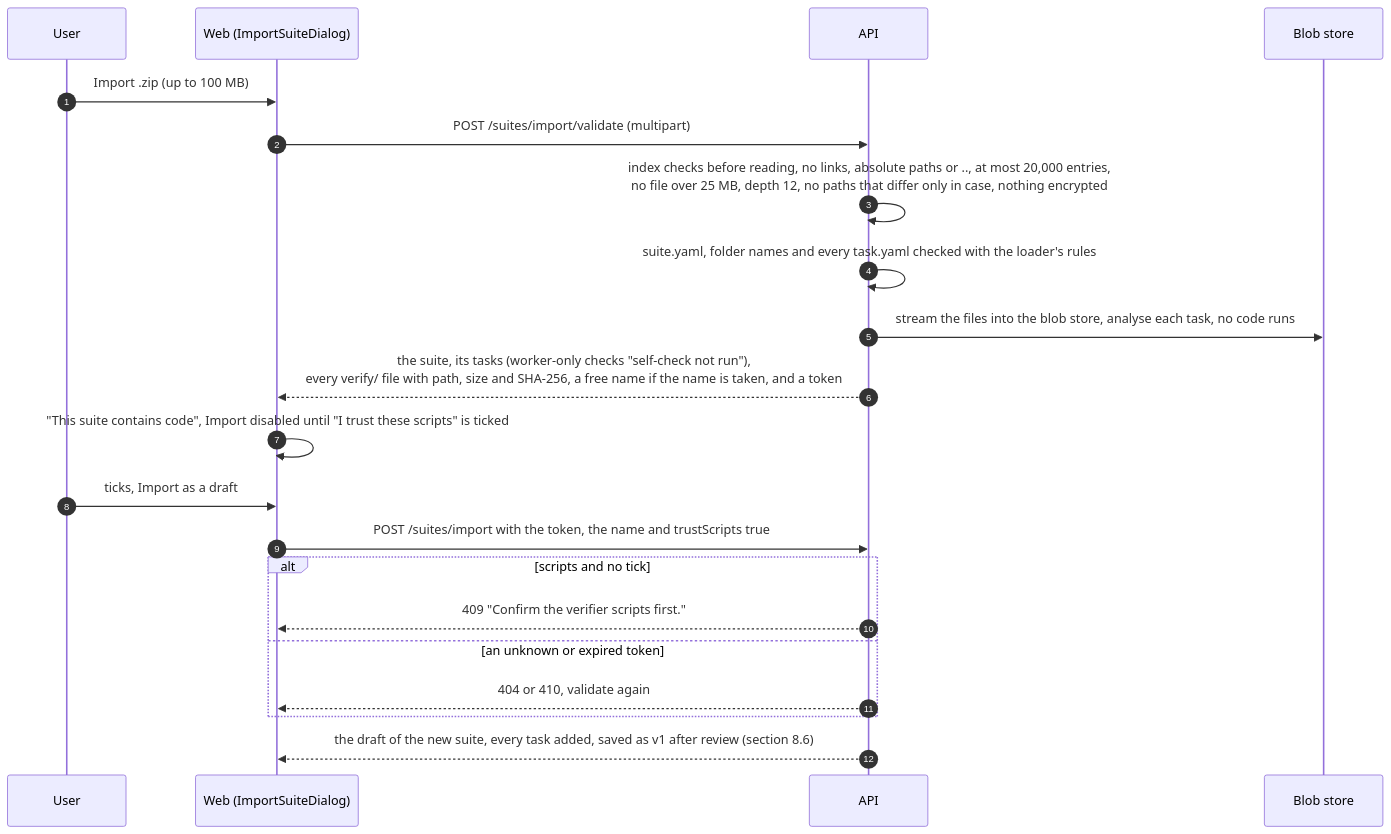
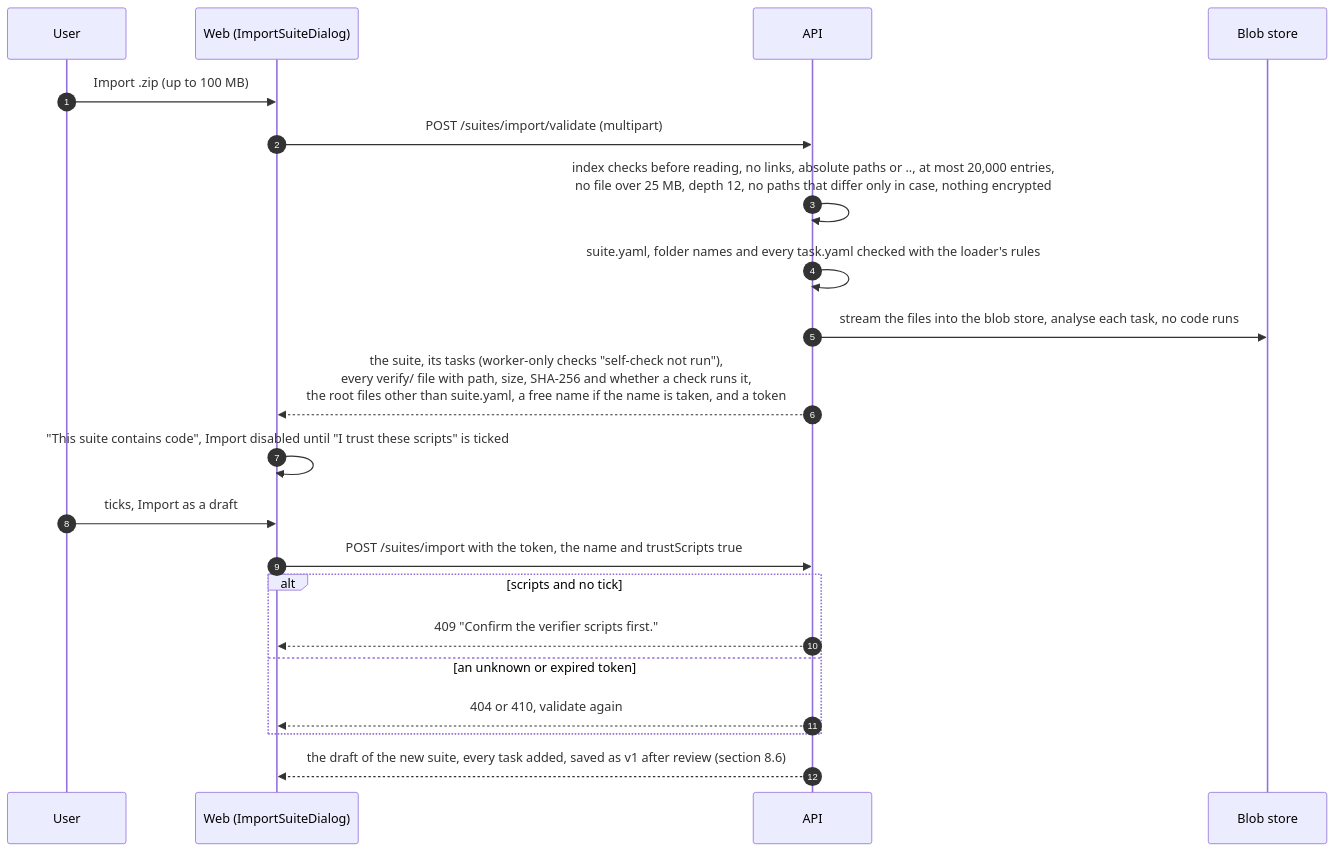
Diagram 25 of 47 in UI_FLOWS.md (sasuke007/hermes-evals), drawn with Mermaid before and after one commit. The commit also changed other lines of this file and 289 other files, not shown here.

````diff
--- a/UI_FLOWS.md
+++ b/UI_FLOWS.md
@@ -862,24 +874,24 @@
 ```mermaid
 sequenceDiagram
   autonumber
   participant U as User
   participant W as Web (ImportSuiteDialog)
   participant A as API
   participant B as Blob store
 
   U->>W: Import .zip (up to 100 MB)
   W->>A: POST /suites/import/validate (multipart)
   A->>A: index checks before reading, no links, absolute paths or .., at most 20,000 entries,<br/>no file over 25 MB, depth 12, no paths that differ only in case, nothing encrypted
   A->>A: suite.yaml, folder names and every task.yaml checked with the loader's rules
   A->>B: stream the files into the blob store, analyse each task, no code runs
-  A-->>W: the suite, its tasks (worker-only checks "self-check not run"),<br/>every verify/ file with path, size and SHA-256, a free name if the name is taken, and a token
+  A-->>W: the suite, its tasks (worker-only checks "self-check not run"),<br/>every verify/ file with path, size, SHA-256 and whether a check runs it,<br/>the root files other than suite.yaml, a free name if the name is taken, and a token
   W->>W: "This suite contains code", Import disabled until "I trust these scripts" is ticked
   U->>W: ticks, Import as a draft
   W->>A: POST /suites/import with the token, the name and trustScripts true
   alt scripts and no tick
     A-->>W: 409 "Confirm the verifier scripts first."
   else an unknown or expired token
     A-->>W: 404 or 410, validate again
   end
   A-->>W: the draft of the new suite, every task added, saved as v1 after review (section 8.6)
 ```
````
